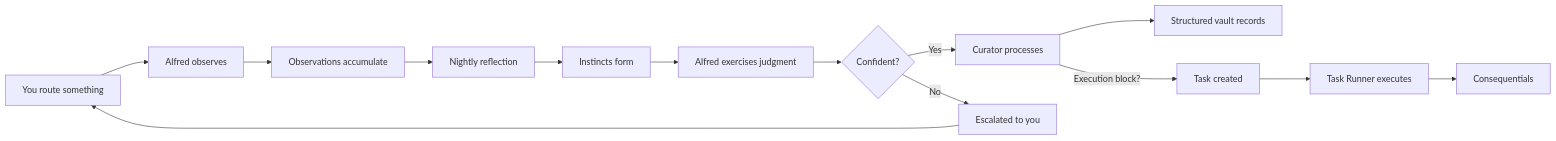
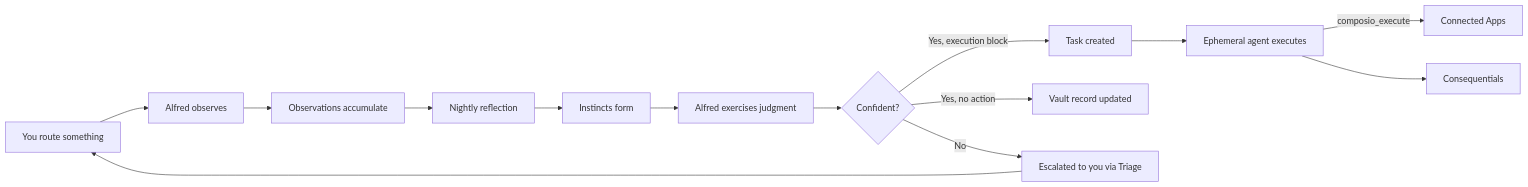
The diagram in architecture/semantic.mdx (ssdavidai/alfred-documentation), drawn with Mermaid before and after one commit. The commit also changed other lines of this file and 1 other file, not shown here.

First line of the commit message:
fix: final audit pass — Omi webhook, Curator references, judgment flow

````diff
--- a/architecture/semantic.mdx
+++ b/architecture/semantic.mdx
@@ -100,16 +101,16 @@
 ```mermaid
 graph LR
     A[You route something] --> B[Alfred observes]
     B --> C[Observations accumulate]
     C --> D[Nightly reflection]
     D --> E[Instincts form]
     E --> F[Alfred exercises judgment]
     F --> G{Confident?}
-    G -->|Yes| H[Curator processes]
-    G -->|No| I[Escalated to you]
-    H --> J[Structured vault records]
-    H -->|Execution block?| K[Task created]
-    K --> L[Task Runner executes]
+    G -->|Yes, execution block| K[Task created]
+    G -->|Yes, no action| J[Vault record updated]
+    G -->|No| I[Escalated to you via Triage]
+    K --> L[Ephemeral agent executes]
+    L -->|composio_execute| EXT[Connected Apps]
     L --> M[Consequentials]
     I --> A
 ```
````
